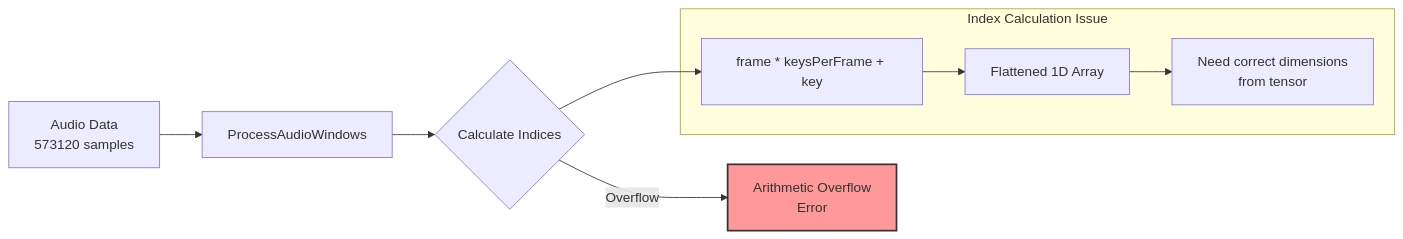
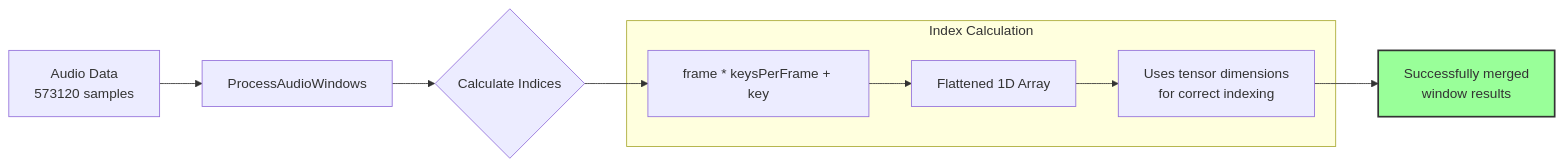
Before and after one commit to dmitriylogunov/basic-pitch-experiment: the fourth of 6 diagrams in project-diagram.md, drawn with Mermaid. The commit also changed other lines of this file, not shown here.

Commit message:
Update the diagram

````diff
--- a/project-diagram.md
+++ b/project-diagram.md
@@ -196,18 +196,18 @@
 ```mermaid
 graph LR
     A[Audio Data<br/>573120 samples] --> B[ProcessAudioWindows]
     B --> C{Calculate Indices}
-    C -->|Overflow| D[Arithmetic Overflow<br/>Error]
     
-    subgraph "Index Calculation Issue"
+    subgraph "Index Calculation"
         E[frame * keysPerFrame + key]
         F[Flattened 1D Array]
-        G[Need correct dimensions<br/>from tensor]
+        G[Uses tensor dimensions<br/>for correct indexing]
     end
     
     C --> E
     E --> F
     F --> G
+    G --> H[Successfully merged<br/>window results]
     
-    style D fill:#f99,stroke:#333,stroke-width:2px
+    style H fill:#9f9,stroke:#333,stroke-width:2px
 ```
````
